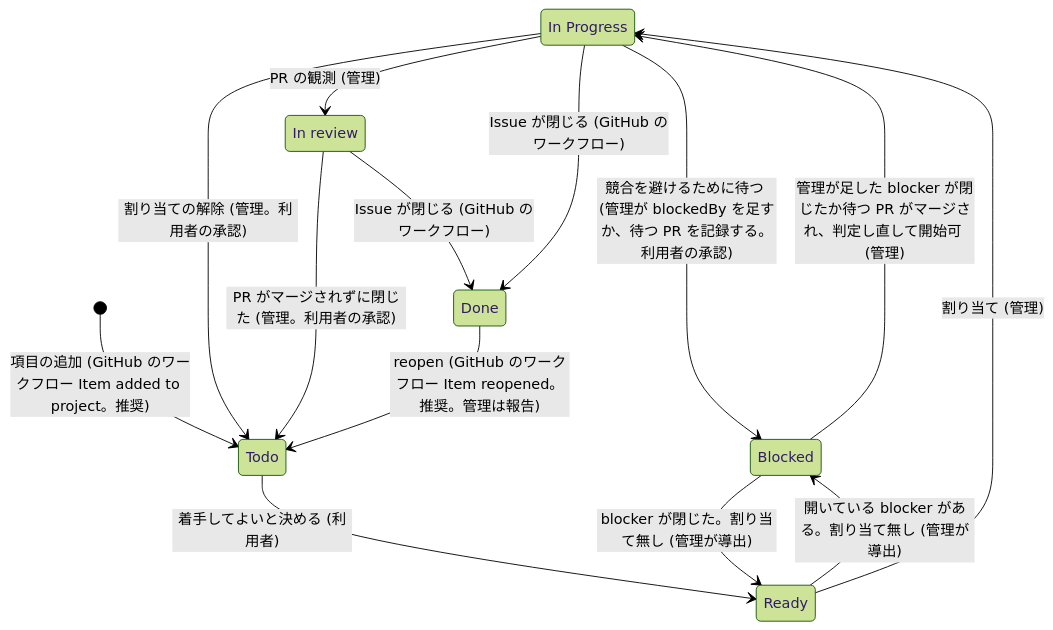
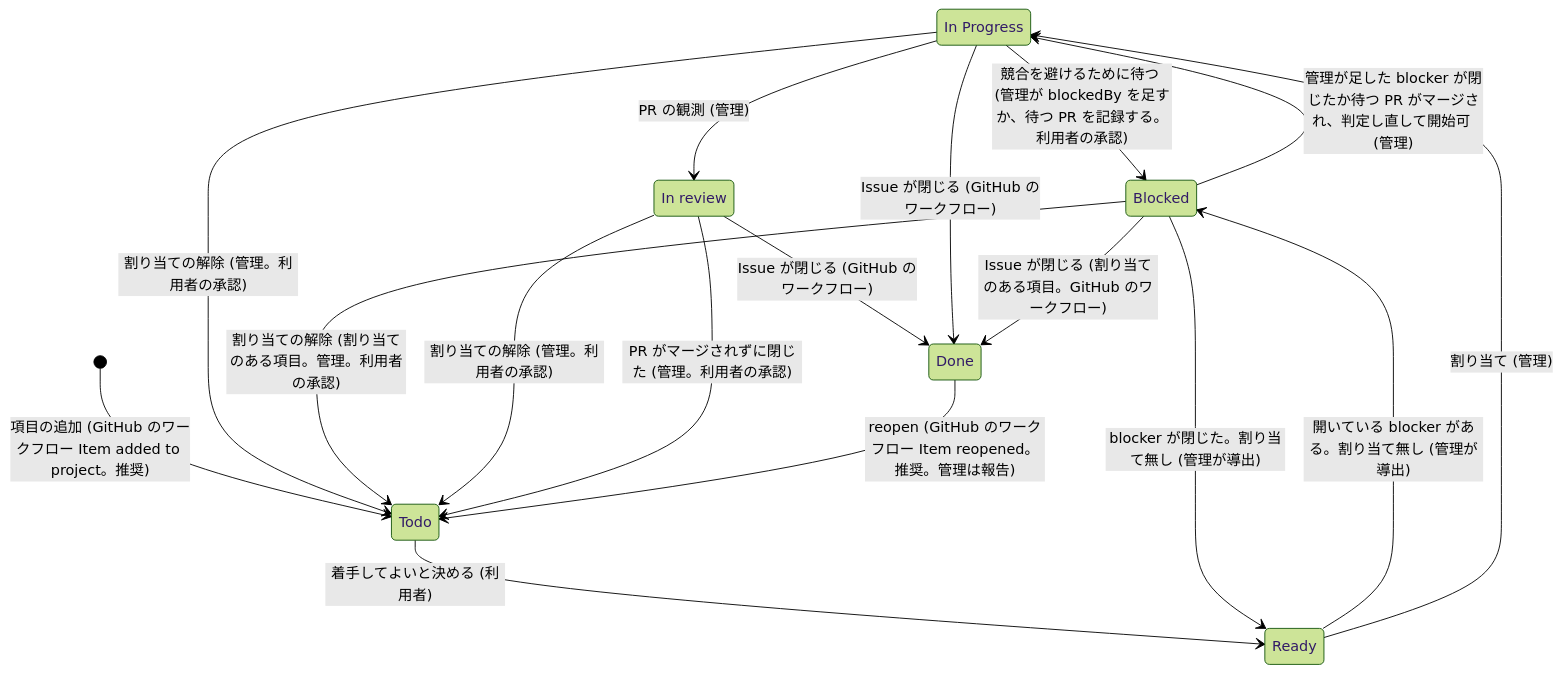
Before and after one commit to akm/claude-plugins: the second of 3 diagrams in docs/plans/2026-10-06-2025-feat-issue-dispatch-plan.md, drawn with Mermaid (forest theme).

Commit message:
📝 docs(plans): issue-dispatch の計画で、項目の状態の図に、In review と割り当てのある Blocked の項目からの遷移を足す (#114)
R21 に割り当ての解除の契機 (`Agent session ID` が空にされた・担当者から自分が外れた) を足したとき、項目の状態の図の割り当ての解除を `In Progress` の項目からだけ描き、`In review` と、割り当てのある `Blocked` (競合を避けるために待つ項目) からの遷移を足さなかった (文書レビューの指摘 35。上流の residual から自己採択)。この図は U4 で `flow.md` に移して正本にするので、抜けたまま写される。

`In review` → `Todo` と `Blocked` → `Todo` の割り当ての解除を足す。割り当てのある `Blocked` の項目は Issue が閉じると `Done` になるので、`Blocked` → `Done` も足す。図を描画して、3 つの図がどれも描けることを確かめた。

Rules-Checked: yes

````diff
--- a/docs/plans/2026-10-06-2025-feat-issue-dispatch-plan.md
+++ b/docs/plans/2026-10-06-2025-feat-issue-dispatch-plan.md
@@ -650,18 +650,21 @@
 ```mermaid
 stateDiagram-v2
   state "In Progress" as InProgress
   state "In review" as InReview
   [*] --> Todo: 項目の追加 (GitHub のワークフロー Item added to project。推奨)
   Todo --> Ready: 着手してよいと決める (利用者)
   Ready --> Blocked: 開いている blocker がある。割り当て無し (管理が導出)
   Blocked --> Ready: blocker が閉じた。割り当て無し (管理が導出)
   Ready --> InProgress: 割り当て (管理)
   InProgress --> Blocked: 競合を避けるために待つ (管理が blockedBy を足すか、待つ PR を記録する。利用者の承認)
   Blocked --> InProgress: 管理が足した blocker が閉じたか待つ PR がマージされ、判定し直して開始可 (管理)
   InProgress --> InReview: PR の観測 (管理)
   InReview --> Done: Issue が閉じる (GitHub のワークフロー)
   InProgress --> Done: Issue が閉じる (GitHub のワークフロー)
+  Blocked --> Done: Issue が閉じる (割り当てのある項目。GitHub のワークフロー)
   InProgress --> Todo: 割り当ての解除 (管理。利用者の承認)
+  Blocked --> Todo: 割り当ての解除 (割り当てのある項目。管理。利用者の承認)
+  InReview --> Todo: 割り当ての解除 (管理。利用者の承認)
   InReview --> Todo: PR がマージされずに閉じた (管理。利用者の承認)
   Done --> Todo: reopen (GitHub のワークフロー Item reopened。推奨。管理は報告)
 ```
````
